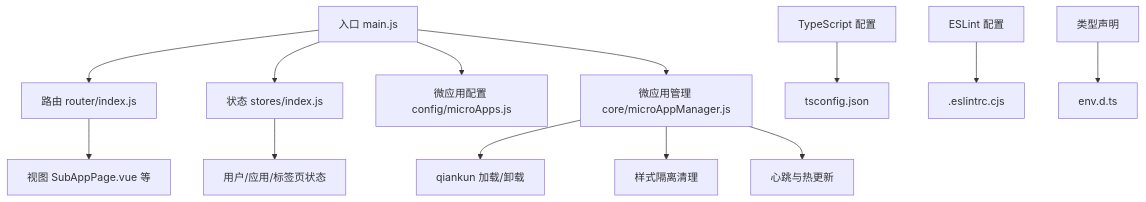
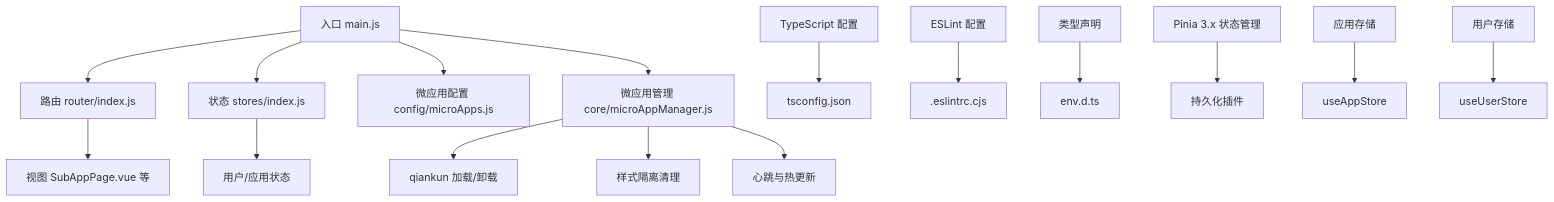
Before and after one commit to my-Sitara/artisan-base-frontend: the first of 4 diagrams in .qoder/repowiki/zh/content/应用开发/主应用开发.md, drawn with Mermaid. The commit also changed other lines of this file and 25 other files, not shown here.

````diff
--- a/.qoder/repowiki/zh/content/应用开发/主应用开发.md
+++ b/.qoder/repowiki/zh/content/应用开发/主应用开发.md
@@ -59,15 +63,18 @@
 ```mermaid
 graph TB
 A["入口 main.js"] --> B["路由 router/index.js"]
 A --> C["状态 stores/index.js"]
 A --> D["微应用配置 config/microApps.js"]
 A --> E["微应用管理 core/microAppManager.js"]
 E --> F["qiankun 加载/卸载"]
 E --> G["样式隔离清理"]
 E --> H["心跳与热更新"]
 B --> I["视图 SubAppPage.vue 等"]
-C --> J["用户/应用/标签页状态"]
+C --> J["用户/应用状态"]
 K["TypeScript 配置"] --> L["tsconfig.json"]
 M["ESLint 配置"] --> N[".eslintrc.cjs"]
 O["类型声明"] --> P["env.d.ts"]
+Q["Pinia 3.x 状态管理"] --> R["持久化插件"]
+S["应用存储"] --> T["useAppStore"]
+U["用户存储"] --> V["useUserStore"]
 ```
````
